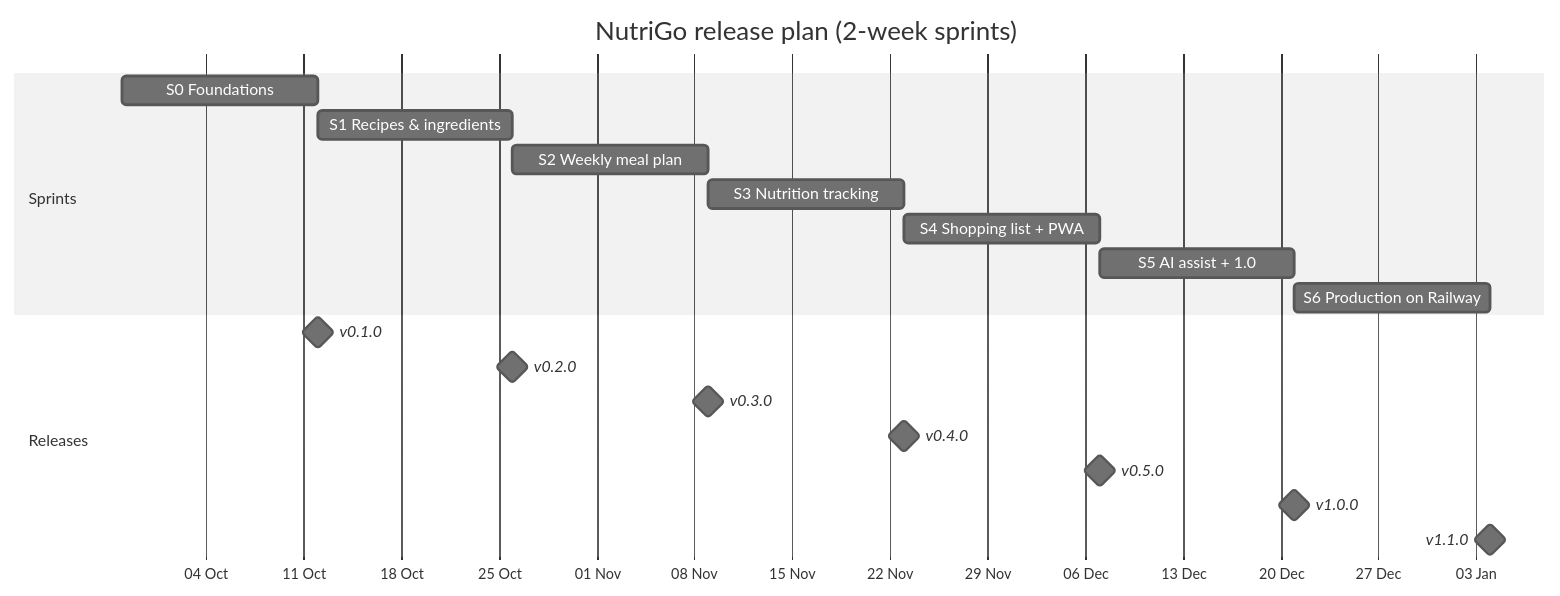
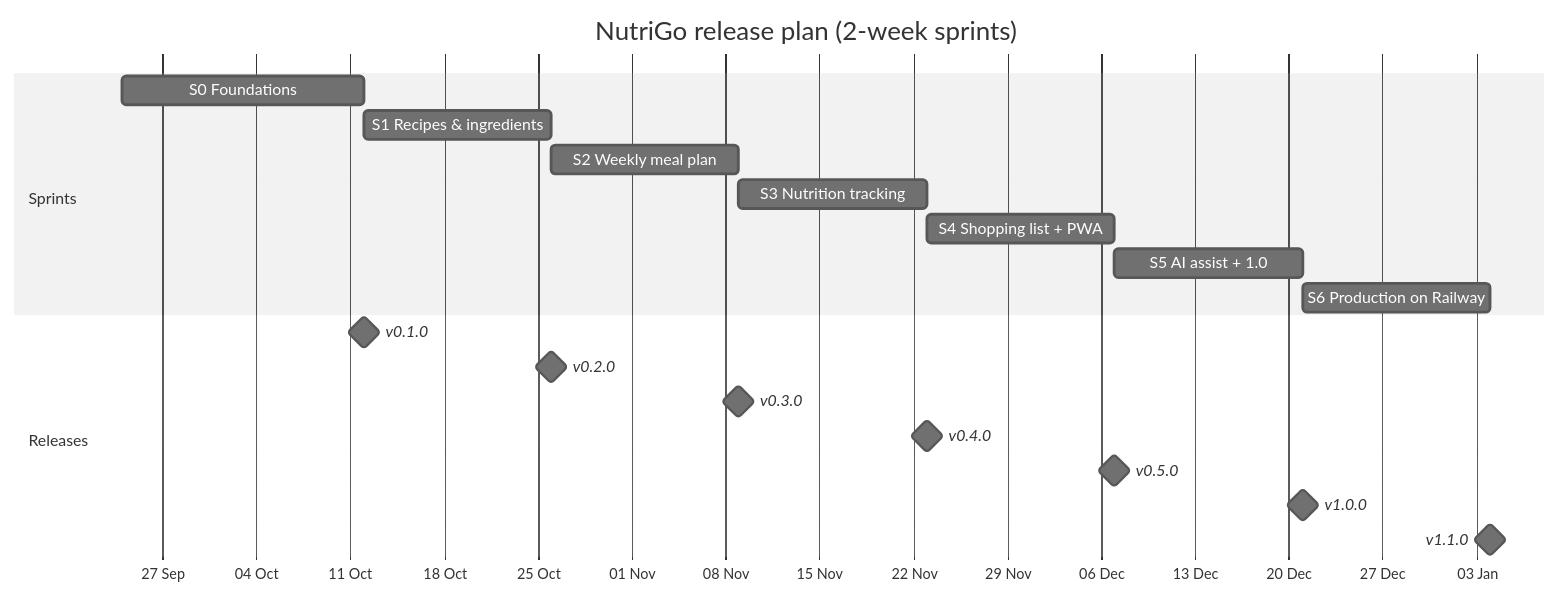
One commit to micheltsarasoa/nutrigo changed the first of 2 diagrams in docs/roadmap.md. Above: the diagram before and after it, drawn with Mermaid (neutral theme). The commit also changed other lines of this file and 7 other files, not shown here.

````diff
--- a/docs/roadmap.md
+++ b/docs/roadmap.md
@@ -5,22 +5,22 @@
 ```mermaid
 gantt
     title NutriGo release plan (2-week sprints)
     dateFormat YYYY-MM-DD
     axisFormat %d %b
     section Sprints
-    S0 Foundations            :s0, 2026-09-28, 14d
+    S0 Foundations            :s0, 2026-09-24, 18d
     S1 Recipes & ingredients  :s1, after s0, 14d
     S2 Weekly meal plan       :s2, after s1, 14d
     S3 Nutrition tracking     :s3, after s2, 14d
     S4 Shopping list + PWA    :s4, after s3, 14d
     S5 AI assist + 1.0        :s5, after s4, 14d
     S6 Production on Railway  :s6, after s5, 14d
     section Releases
     v0.1.0 :milestone, after s0, 0d
     v0.2.0 :milestone, after s1, 0d
     v0.3.0 :milestone, after s2, 0d
     v0.4.0 :milestone, after s3, 0d
     v0.5.0 :milestone, after s4, 0d
     v1.0.0 :milestone, after s5, 0d
     v1.1.0 :milestone, after s6, 0d
 ```
````
